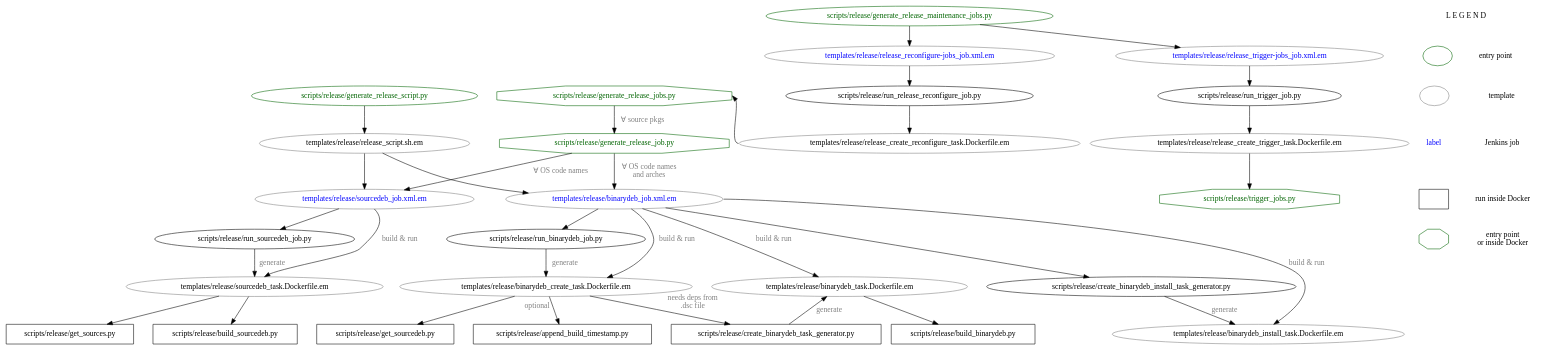
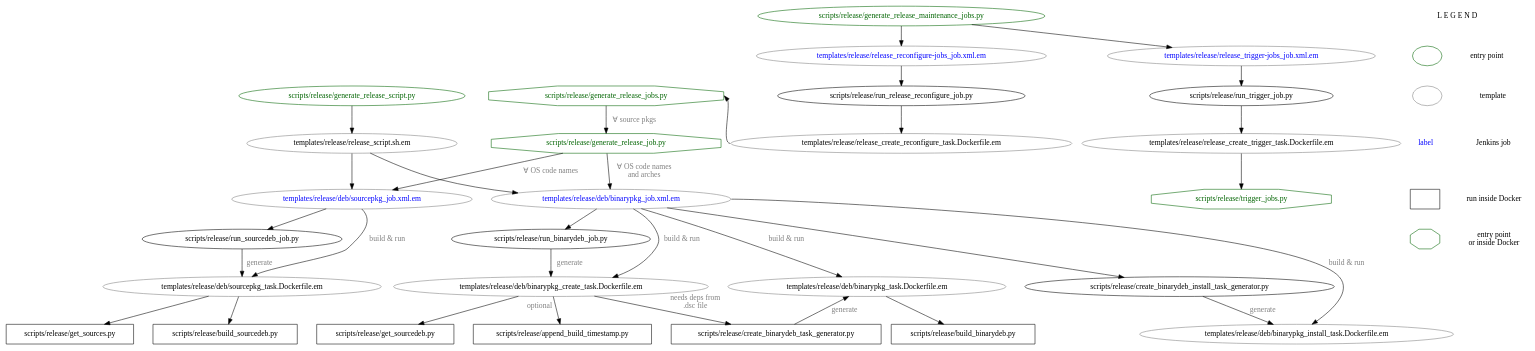
One commit to ros-infrastructure/ros_buildfarm changed the diagram in doc/jobs/release_call_graph.dot. Above: the diagram before and after it, drawn with Graphviz. The commit also changed 18 other files, not shown here.

First line of the commit message:
Move debian-specific release templates to a subdirectory

```diff
--- a/doc/jobs/release_call_graph.dot
+++ b/doc/jobs/release_call_graph.dot
@@ -18,30 +18,30 @@
 	scripts__release__trigger_jobs [label="scripts/release/trigger_jobs.py"]
 
 	# release templates
-	templates__release__binarydeb_create_task__Dockerfile [label="templates/release/binarydeb_create_task.Dockerfile.em"]
-	templates__release__binarydeb_install_task__Dockerfile [label="templates/release/binarydeb_install_task.Dockerfile.em"]
-	templates__release__binarydeb_job__xml [label="templates/release/binarydeb_job.xml.em"]
-	templates__release__binarydeb_task__Dockerfile [label="templates/release/binarydeb_task.Dockerfile.em"]
+	templates__release__deb__binarypkg_create_task__Dockerfile [label="templates/release/deb/binarypkg_create_task.Dockerfile.em"]
+	templates__release__deb__binarypkg_install_task__Dockerfile [label="templates/release/deb/binarypkg_install_task.Dockerfile.em"]
+	templates__release__deb__binarypkg_job__xml [label="templates/release/deb/binarypkg_job.xml.em"]
+	templates__release__deb__binarypkg_task__Dockerfile [label="templates/release/deb/binarypkg_task.Dockerfile.em"]
+	templates__release__deb__sourcepkg_job__xml [label="templates/release/deb/sourcepkg_job.xml.em"]
+	templates__release__deb__sourcepkg_task__Dockerfile [label="templates/release/deb/sourcepkg_task.Dockerfile.em"]
 	templates__release__release_create_reconfigure_task__Dockerfile [label="templates/release/release_create_reconfigure_task.Dockerfile.em"]
 	templates__release__release_create_trigger_task__Dockerfile [label="templates/release/release_create_trigger_task.Dockerfile.em"]
 	templates__release__release_reconfigure_jobs_job__xml [label="templates/release/release_reconfigure-jobs_job.xml.em"]
 	templates__release__release_script__sh [label="templates/release/release_script.sh.em"]
 	templates__release__release_trigger_jobs_job__xml [label="templates/release/release_trigger-jobs_job.xml.em"]
-	templates__release__sourcedeb_job__xml [label="templates/release/sourcedeb_job.xml.em"]
-	templates__release__sourcedeb_task__Dockerfile [label="templates/release/sourcedeb_task.Dockerfile.em"]
 
 	# templates
-	templates__release__binarydeb_create_task__Dockerfile,
-	templates__release__binarydeb_install_task__Dockerfile,
-	templates__release__binarydeb_job__xml,
-	templates__release__binarydeb_task__Dockerfile,
+	templates__release__deb__binarypkg_create_task__Dockerfile,
+	templates__release__deb__binarypkg_install_task__Dockerfile,
+	templates__release__deb__binarypkg_job__xml,
+	templates__release__deb__binarypkg_task__Dockerfile,
+	templates__release__deb__sourcepkg_job__xml,
+	templates__release__deb__sourcepkg_task__Dockerfile,
 	templates__release__release_create_reconfigure_task__Dockerfile,
 	templates__release__release_create_trigger_task__Dockerfile,
 	templates__release__release_reconfigure_jobs_job__xml,
 	templates__release__release_script__sh,
-	templates__release__release_trigger_jobs_job__xml,
-	templates__release__sourcedeb_job__xml,
-	templates__release__sourcedeb_task__Dockerfile
+	templates__release__release_trigger_jobs_job__xml
 		[color="gray"]
 
 	# run in Docker container
@@ -58,10 +58,10 @@
 		[shape="octagon"]
 
 	# Jenkins job templates
-	templates__release__binarydeb_job__xml,
+	templates__release__deb__binarypkg_job__xml,
+	templates__release__deb__sourcepkg_job__xml,
 	templates__release__release_reconfigure_jobs_job__xml,
-	templates__release__release_trigger_jobs_job__xml,
-	templates__release__sourcedeb_job__xml
+	templates__release__release_trigger_jobs_job__xml
 		[fontcolor="blue"]
 
 	# entry points
@@ -88,54 +88,54 @@
 	templates__release__release_create_trigger_task__Dockerfile -> scripts__release__trigger_jobs [weight="2"]
 
 	scripts__release__generate_release_jobs -> scripts__release__generate_release_job [fontcolor="gray", label=" &forall; source pkgs", weight="2"]
-	scripts__release__generate_release_job -> templates__release__sourcedeb_job__xml [fontcolor="gray", label="&forall; OS code names"]
-	scripts__release__generate_release_job -> templates__release__binarydeb_job__xml [fontcolor="gray", label=" &forall; OS code names\nand arches", weight="2"]
+	scripts__release__generate_release_job -> templates__release__deb__sourcepkg_job__xml [fontcolor="gray", label="&forall; OS code names"]
+	scripts__release__generate_release_job -> templates__release__deb__binarypkg_job__xml [fontcolor="gray", label=" &forall; OS code names\nand arches", weight="2"]
 	{
 		rank=same
-		templates__release__sourcedeb_job__xml -> templates__release__binarydeb_job__xml [style=invis]
+		templates__release__deb__sourcepkg_job__xml -> templates__release__deb__binarypkg_job__xml [style=invis]
 	}
 
 	# sourcedeb branch
-	templates__release__sourcedeb_job__xml -> scripts__release__run_sourcedeb_job
-	scripts__release__run_sourcedeb_job -> templates__release__sourcedeb_task__Dockerfile [fontcolor="gray", label="generate"]
-	templates__release__sourcedeb_job__xml:se -> templates__release__sourcedeb_task__Dockerfile:ne [fontcolor="gray", label="build &amp; run", weight="2"]
-	templates__release__sourcedeb_task__Dockerfile -> scripts__release__get_sources
-	templates__release__sourcedeb_task__Dockerfile -> scripts__release__build_sourcedeb
+	templates__release__deb__sourcepkg_job__xml -> scripts__release__run_sourcedeb_job
+	scripts__release__run_sourcedeb_job -> templates__release__deb__sourcepkg_task__Dockerfile [fontcolor="gray", label="generate"]
+	templates__release__deb__sourcepkg_job__xml:se -> templates__release__deb__sourcepkg_task__Dockerfile:ne [fontcolor="gray", label="build &amp; run", weight="2"]
+	templates__release__deb__sourcepkg_task__Dockerfile -> scripts__release__get_sources
+	templates__release__deb__sourcepkg_task__Dockerfile -> scripts__release__build_sourcedeb
 	{
 		rank=same
 		scripts__release__get_sources -> scripts__release__build_sourcedeb [style=invis]
 	}
 
 	# binarydeb branch
-	templates__release__binarydeb_job__xml -> scripts__release__run_binarydeb_job [weight="2"]
-	scripts__release__run_binarydeb_job -> templates__release__binarydeb_create_task__Dockerfile [fontcolor="gray", label=" generate", weight="2"]
+	templates__release__deb__binarypkg_job__xml -> scripts__release__run_binarydeb_job [weight="2"]
+	scripts__release__run_binarydeb_job -> templates__release__deb__binarypkg_create_task__Dockerfile [fontcolor="gray", label=" generate", weight="2"]
 
-	templates__release__binarydeb_job__xml -> templates__release__binarydeb_create_task__Dockerfile [fontcolor="gray", label="build &amp; run"]
-	templates__release__binarydeb_create_task__Dockerfile -> scripts__release__get_sourcedeb
-	templates__release__binarydeb_create_task__Dockerfile -> scripts__release__append_build_timestamp [fontcolor="gray", xlabel="optional "]
-	templates__release__binarydeb_create_task__Dockerfile -> scripts__release__create_binarydeb_task_generator [fontcolor="gray", xlabel="needs deps from\n.dsc file"]
+	templates__release__deb__binarypkg_job__xml -> templates__release__deb__binarypkg_create_task__Dockerfile [fontcolor="gray", label="build &amp; run"]
+	templates__release__deb__binarypkg_create_task__Dockerfile -> scripts__release__get_sourcedeb
+	templates__release__deb__binarypkg_create_task__Dockerfile -> scripts__release__append_build_timestamp [fontcolor="gray", xlabel="optional "]
+	templates__release__deb__binarypkg_create_task__Dockerfile -> scripts__release__create_binarydeb_task_generator [fontcolor="gray", xlabel="needs deps from\n.dsc file"]
 	{
 		rank=same
 		scripts__release__build_sourcedeb -> scripts__release__get_sourcedeb [style=invis]
 		scripts__release__get_sourcedeb -> scripts__release__append_build_timestamp -> scripts__release__create_binarydeb_task_generator [style=invis]
 	}
-	scripts__release__create_binarydeb_task_generator -> templates__release__binarydeb_task__Dockerfile [constraint=false, fontcolor="gray", label="generate"]
-	templates__release__binarydeb_job__xml -> templates__release__binarydeb_task__Dockerfile [fontcolor="gray", label="build &amp; run"]
-	templates__release__binarydeb_task__Dockerfile -> scripts__release__build_binarydeb
+	scripts__release__create_binarydeb_task_generator -> templates__release__deb__binarypkg_task__Dockerfile [constraint=false, fontcolor="gray", label="generate"]
+	templates__release__deb__binarypkg_job__xml -> templates__release__deb__binarypkg_task__Dockerfile [fontcolor="gray", label="build &amp; run"]
+	templates__release__deb__binarypkg_task__Dockerfile -> scripts__release__build_binarydeb
 
 	# install task
-	templates__release__binarydeb_job__xml -> scripts__release__create_binarydeb_install_task_generator
+	templates__release__deb__binarypkg_job__xml -> scripts__release__create_binarydeb_install_task_generator
 	{
 		rank=same
-		templates__release__binarydeb_create_task__Dockerfile -> templates__release__binarydeb_task__Dockerfile -> scripts__release__create_binarydeb_install_task_generator [style=invis]
+		templates__release__deb__binarypkg_create_task__Dockerfile -> templates__release__deb__binarypkg_task__Dockerfile -> scripts__release__create_binarydeb_install_task_generator [style=invis]
 	}
-	scripts__release__create_binarydeb_install_task_generator -> templates__release__binarydeb_install_task__Dockerfile [fontcolor="gray", label="generate"]
-	templates__release__binarydeb_job__xml:e -> templates__release__binarydeb_install_task__Dockerfile [fontcolor="gray", label="build &amp; run"]
+	scripts__release__create_binarydeb_install_task_generator -> templates__release__deb__binarypkg_install_task__Dockerfile [fontcolor="gray", label="generate"]
+	templates__release__deb__binarypkg_job__xml:e -> templates__release__deb__binarypkg_install_task__Dockerfile [fontcolor="gray", label="build &amp; run"]
 
 	# release script
 	scripts__release__generate_release_script -> templates__release__release_script__sh [weight="2"]
-	templates__release__release_script__sh -> templates__release__sourcedeb_job__xml [weight="2"]
-	templates__release__release_script__sh -> templates__release__binarydeb_job__xml [weight="0"]
+	templates__release__release_script__sh -> templates__release__deb__sourcepkg_job__xml [weight="2"]
+	templates__release__release_script__sh -> templates__release__deb__binarypkg_job__xml [weight="0"]
 	{
 		rank=same
 		scripts__release__generate_release_script -> scripts__release__generate_release_jobs [style=invis]
```
